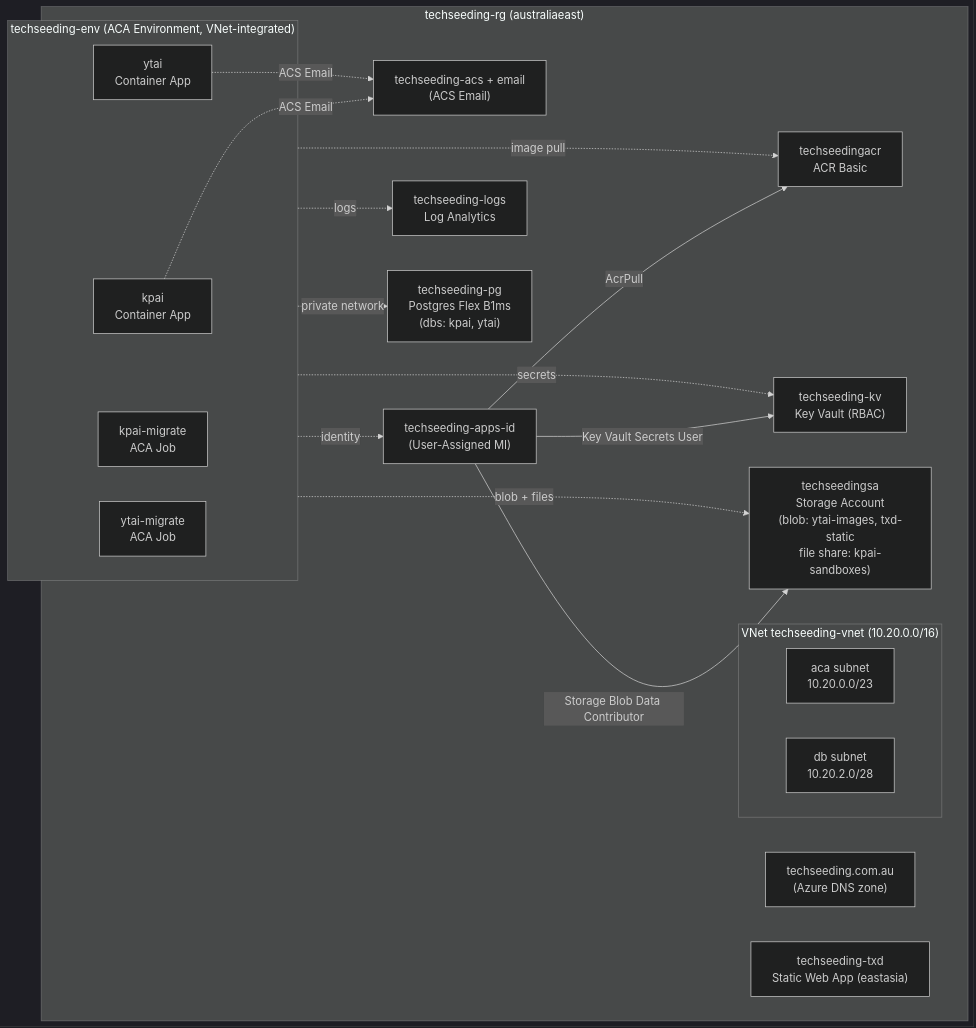
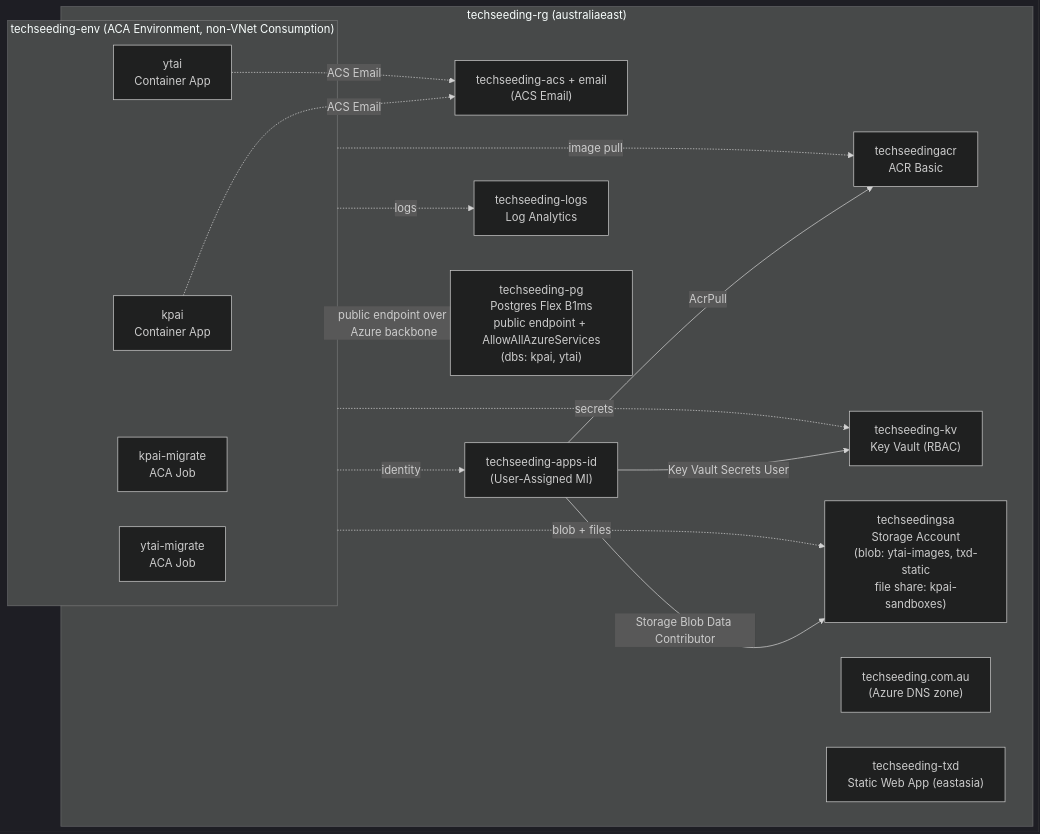
The diagram in packages/deploy-azure/README.md (superopengl/techseeding), drawn with Mermaid (dark theme) before and after one commit. The commit also changed other lines of this file and 4 other files, not shown here.

````diff
--- a/packages/deploy-azure/README.md
+++ b/packages/deploy-azure/README.md
@@ -9,41 +9,35 @@
 ```mermaid
 graph TD
   subgraph rg["techseeding-rg (australiaeast)"]
-    subgraph vnet["VNet techseeding-vnet (10.20.0.0/16)"]
-      direction LR
-      acaSubnet["aca subnet<br/>10.20.0.0/23"]
-      dbSubnet["db subnet<br/>10.20.2.0/28"]
-    end
-
-    subgraph env["techseeding-env (ACA Environment, VNet-integrated)"]
+    subgraph env["techseeding-env (ACA Environment, non-VNet Consumption)"]
       kpaiApp["kpai<br/>Container App"]
       ytaiApp["ytai<br/>Container App"]
       kpaiMig["kpai-migrate<br/>ACA Job"]
       ytaiMig["ytai-migrate<br/>ACA Job"]
     end
 
-    pg["techseeding-pg<br/>Postgres Flex B1ms<br/>(dbs: kpai, ytai)"]
+    pg["techseeding-pg<br/>Postgres Flex B1ms<br/>public endpoint + AllowAllAzureServices<br/>(dbs: kpai, ytai)"]
     acr["techseedingacr<br/>ACR Basic"]
     kv["techseeding-kv<br/>Key Vault (RBAC)"]
     sa["techseedingsa<br/>Storage Account<br/>(blob: ytai-images, txd-static<br/>file share: kpai-sandboxes)"]
     logs["techseeding-logs<br/>Log Analytics"]
     acs["techseeding-acs + email<br/>(ACS Email)"]
     dns["techseeding.com.au<br/>(Azure DNS zone)"]
     uami["techseeding-apps-id<br/>(User-Assigned MI)"]
     txd["techseeding-txd<br/>Static Web App (eastasia)"]
 
     env -.image pull.-> acr
     env -.secrets.-> kv
     env -.blob + files.-> sa
     env -.logs.-> logs
-    env -.private network.-> pg
+    env -.public endpoint over Azure backbone.-> pg
 
     kpaiApp -.ACS Email.-> acs
     ytaiApp -.ACS Email.-> acs
 
     uami -- AcrPull --> acr
     uami -- Key Vault Secrets User --> kv
     uami -- Storage Blob Data Contributor --> sa
     env -. identity .-> uami
   end
 ```
````
